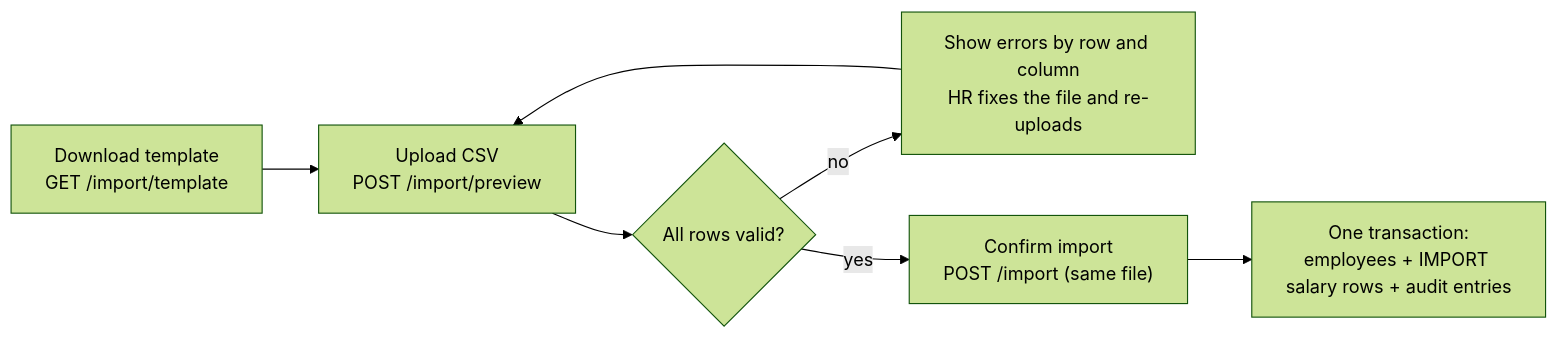
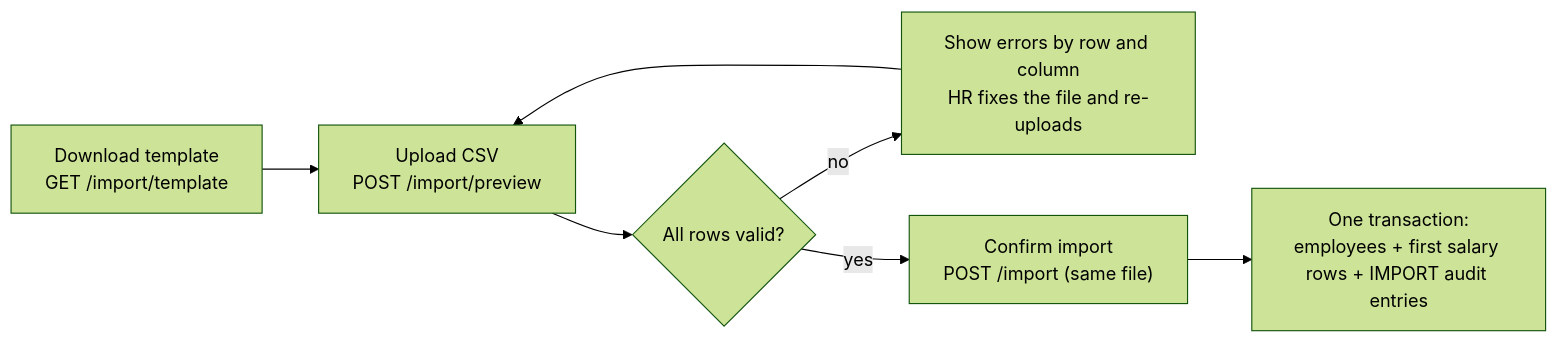
The third of 3 diagrams in docs/architecture.md (neeraja-anil/acme-salary-management), drawn with Mermaid (forest theme) before and after one commit. The commit also changed other lines of this file and 31 other files, not shown here.

Commit message:
feat: implement salary management and audit history

````diff
--- a/docs/architecture.md
+++ b/docs/architecture.md
@@ -157,8 +159,8 @@
 ```mermaid
 flowchart LR
     t["Download template<br/>GET /import/template"] --> u["Upload CSV<br/>POST /import/preview"]
     u --> r{"All rows valid?"}
     r -- "no" --> e["Show errors by row and column<br/>HR fixes the file and re-uploads"] --> u
     r -- "yes" --> i["Confirm import<br/>POST /import (same file)"]
-    i --> tx["One transaction:<br/>employees + IMPORT salary rows + audit entries"]
+    i --> tx["One transaction:<br/>employees + first salary rows + IMPORT audit entries"]
 ```
````
